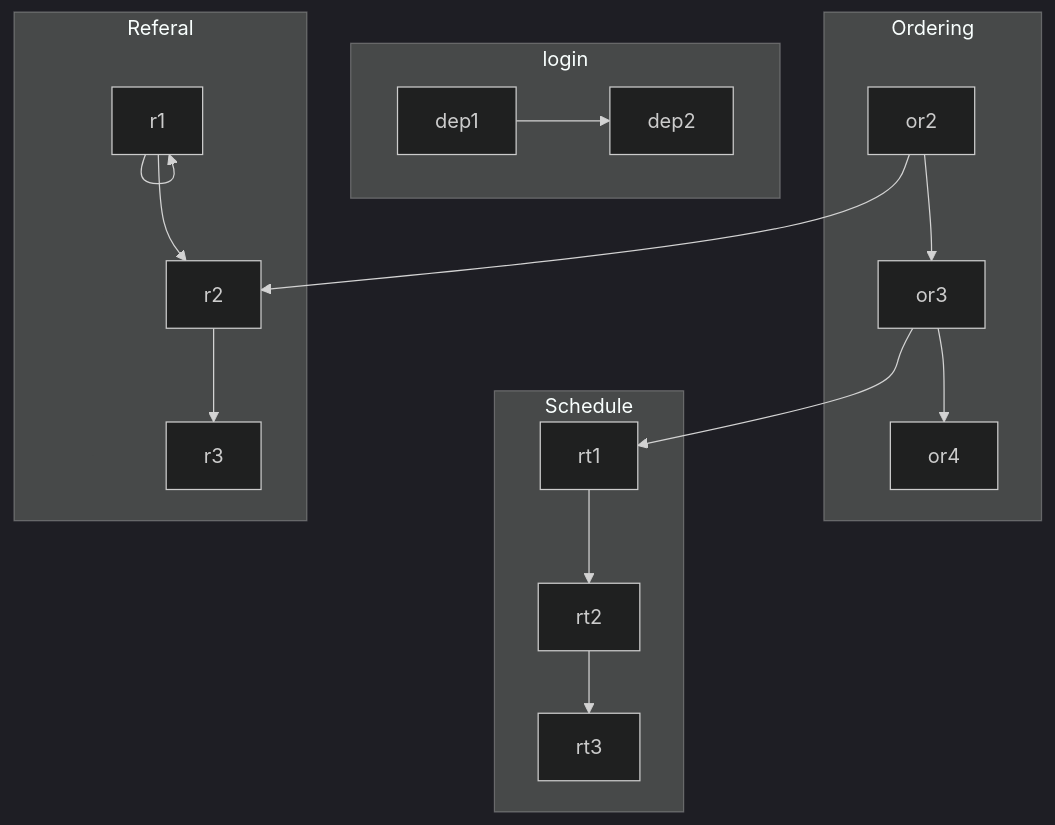
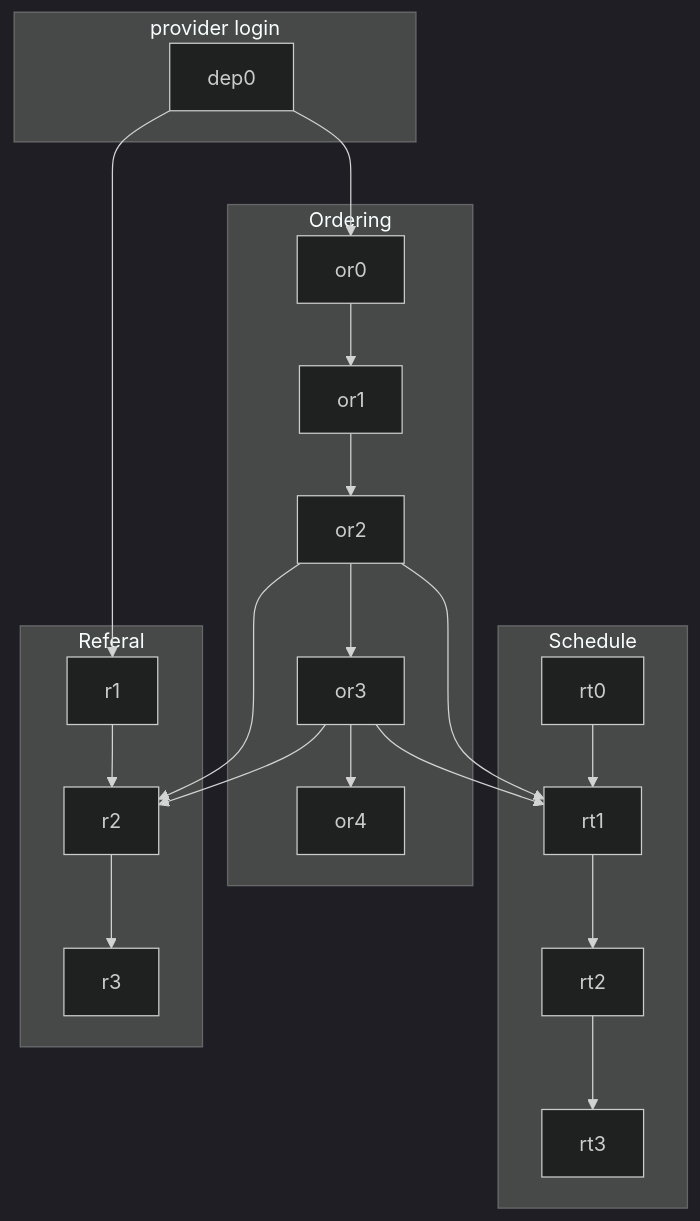
One commit to miketarrant/markdown changed the diagram in mermaid-subgraph-test.mmd. Above: the diagram before and after it, drawn with Mermaid (dark theme).

```diff
--- a/mermaid-subgraph-test.mmd
+++ b/mermaid-subgraph-test.mmd
@@ -1,26 +1,32 @@
 flowchart TD
    
-    subgraph login
-      dep1-->dep2
+
+
+    subgraph Schedule
+      rt0-->rt1
+      rt1-->rt2
+      rt2-->rt3
     end
 
     subgraph Ordering
+      or0-->or1
+      or1-->or2
       or2-->or3
       or3-->or4
     end
 
-
-    subgraph Schedule
-    rt1-->rt2
-    rt2-->rt3
-    end
-
     subgraph Referal
-    r1-->r1
-    r1-->r2
-    r2-->r3
+      r1-->r2
+      r2-->r3
     end
      
+    subgraph provider login
+      dep0
+    end
      
+     or2-->rt1
      or3-->rt1
+     or3-->r2
      or2-->r2
+     dep0-->r1
+     dep0-->or0
```
